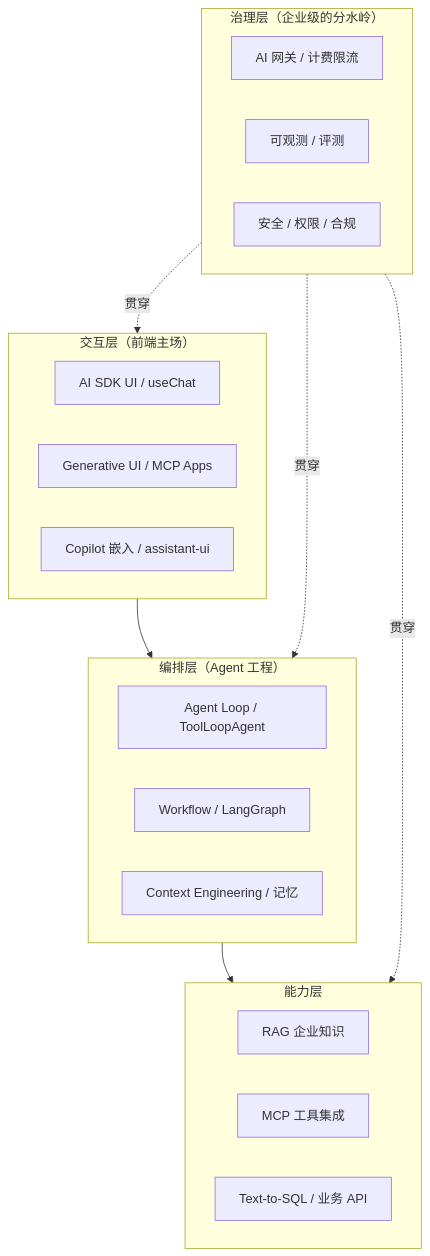
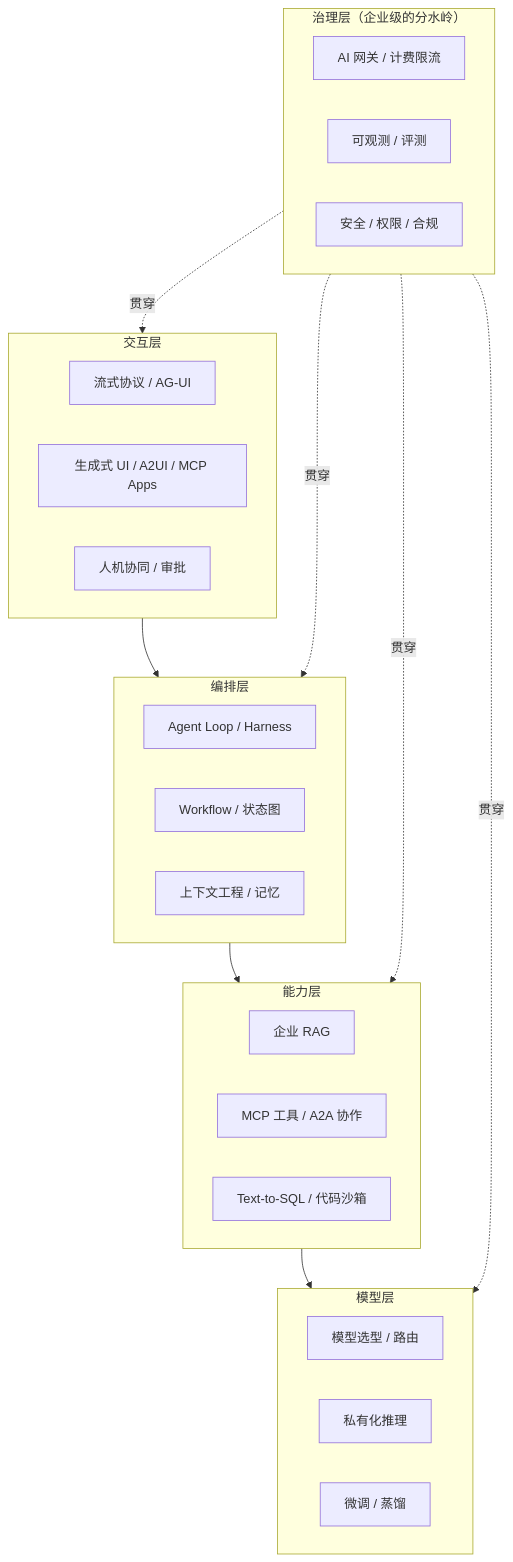
One commit to EliaukUsagi/eliauk-agent-dev-knowledge changed the first of 2 diagrams in 企业级AI应用开发实战/README.md. Above: the diagram before and after it, drawn with Mermaid. The commit also changed other lines of this file and 15 other files, not shown here.

````diff
--- a/企业级AI应用开发实战/README.md
+++ b/企业级AI应用开发实战/README.md
@@ -25,27 +25,30 @@
 ```mermaid
 graph TB
-    subgraph 交互层["交互层（前端主场）"]
-        A1[AI SDK UI / useChat]
-        A2[Generative UI / MCP Apps]
-        A3[Copilot 嵌入 / assistant-ui]
+    subgraph 交互层["交互层"]
+        A1[流式协议 / AG-UI]
+        A2[生成式 UI / A2UI / MCP Apps]
+        A3[人机协同 / 审批]
     end
-    subgraph 编排层["编排层（Agent 工程）"]
-        B1[Agent Loop / ToolLoopAgent]
-        B2[Workflow / LangGraph]
-        B3[Context Engineering / 记忆]
+    subgraph 编排层["编排层"]
+        B1[Agent Loop / Harness]
+        B2[Workflow / 状态图]
+        B3[上下文工程 / 记忆]
     end
     subgraph 能力层["能力层"]
-        C1[RAG 企业知识]
-        C2[MCP 工具集成]
-        C3[Text-to-SQL / 业务 API]
+        C1[企业 RAG]
+        C2[MCP 工具 / A2A 协作]
+        C3[Text-to-SQL / 代码沙箱]
+    end
+    subgraph 模型层["模型层"]
+        M1[模型选型 / 路由]
+        M2[私有化推理]
+        M3[微调 / 蒸馏]
     end
     subgraph 治理层["治理层（企业级的分水岭）"]
         D1[AI 网关 / 计费限流]
         D2[可观测 / 评测]
         D3[安全 / 权限 / 合规]
     end
-    交互层 --> 编排层 --> 能力层
-    治理层 -.贯穿.-> 交互层
-    治理层 -.贯穿.-> 编排层
-    治理层 -.贯穿.-> 能力层
+    交互层 --> 编排层 --> 能力层 --> 模型层
+    治理层 -.贯穿.-> 交互层 & 编排层 & 能力层 & 模型层
 ```
````
